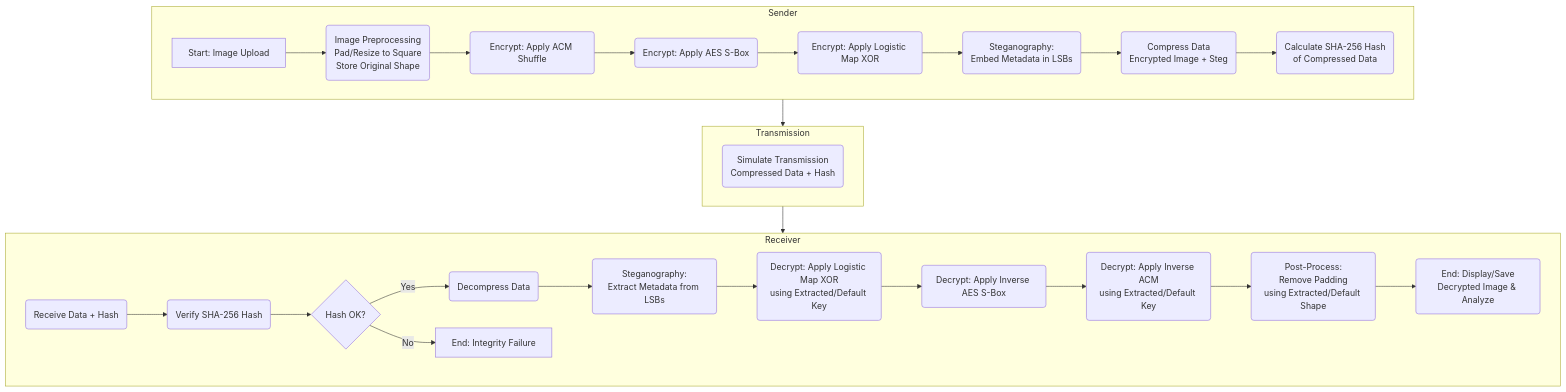
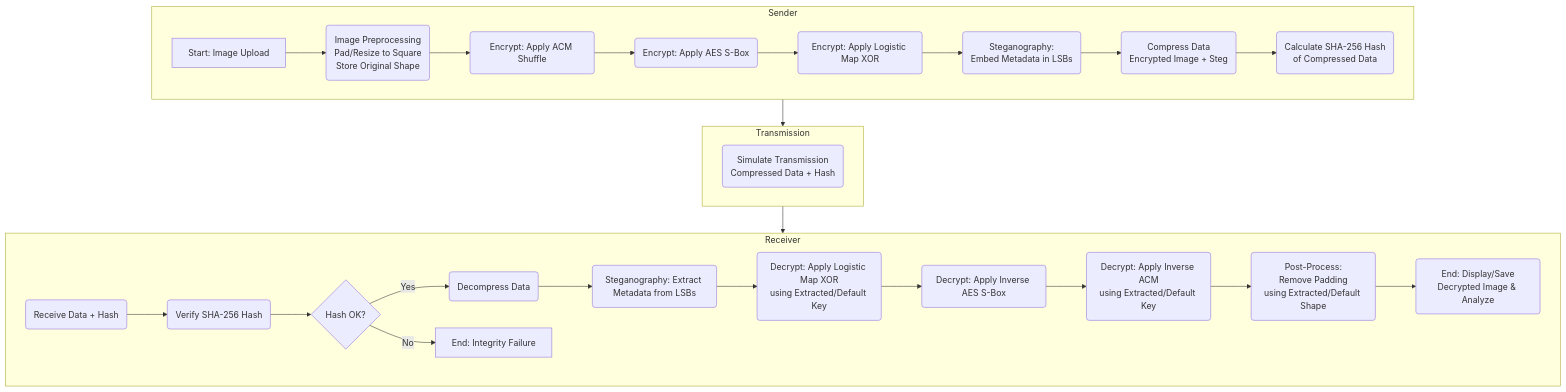
One commit to mintnchocochip/Image-Compression-and-Encryption-Pipeline changed the first of 3 diagrams in README.md. Above: the diagram before and after it, drawn with Mermaid.

````diff
--- a/README.md
+++ b/README.md
@@ -260,54 +260,54 @@
 ```mermaid
 graph TD
   A[Start: Image Upload] --> B(Image Preprocessing<br>Pad/Resize to Square<br>Store Original Shape)
   B --> C(Encrypt: Apply ACM Shuffle)
   C --> D(Encrypt: Apply AES S-Box)
   D --> E(Encrypt: Apply Logistic Map XOR)
   E --> F(Steganography:<br>Embed Metadata in LSBs)
   F --> G(Compress Data<br>Encrypted Image + Steg)
   G --> H(Calculate SHA-256 Hash<br>of Compressed Data)
   H --> I(Simulate Transmission<br>Compressed Data + Hash)
   I --> J(Receive Data + Hash)
   J --> K(Verify SHA-256 Hash)
   K --> L{Hash OK?}
   L -- Yes --> M(Decompress Data)
   L -- No --> Z_Fail[End: Integrity Failure]
-  M --> N(Steganography:<br>Extract Metadata from LSBs)
+  M --> N(Steganography: Extract Metadata from LSBs)
   N --> O(Decrypt: Apply Logistic Map XOR<br>using Extracted/Default Key)
   O --> P(Decrypt: Apply Inverse AES S-Box)
   P --> Q(Decrypt: Apply Inverse ACM<br>using Extracted/Default Key)
   Q --> R(Post-Process:<br>Remove Padding<br>using Extracted/Default Shape)
   R --> S(End: Display/Save<br>Decrypted Image & Analyze)
   
   subgraph Sender
     direction LR
     A
     B
     C
     D
     E
     F
     G
     H
   end
   
   subgraph Transmission
     direction LR
     I
   end
   
   subgraph Receiver
     direction LR
     J
     K
     L
     M
     N
     O
     P
     Q
     R
     S
     Z_Fail
   end
 ```
````
